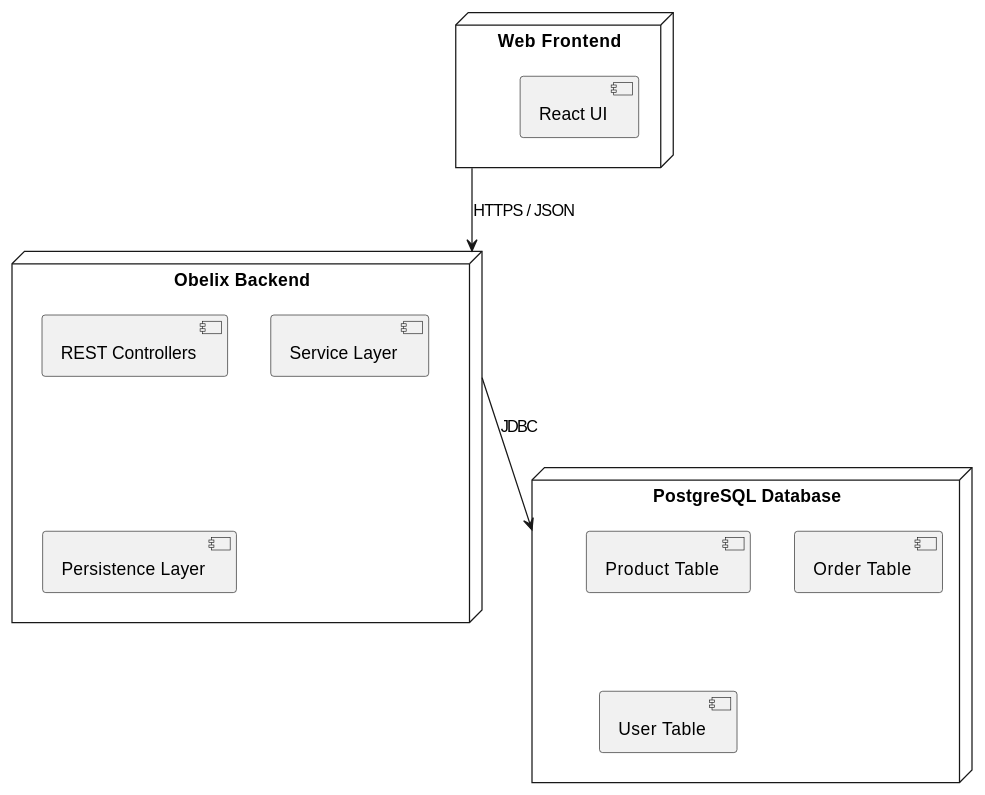
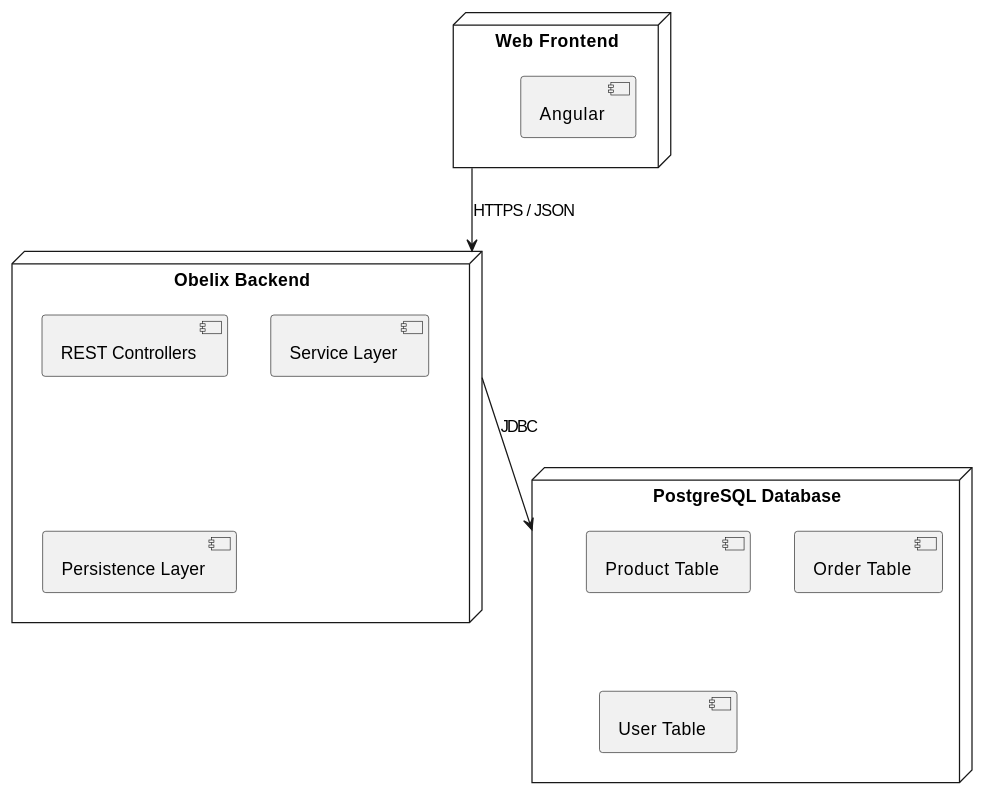
One commit to Juschwy/m321-obelix-webshop-mvk changed the second of 2 diagrams in docs/arc42/03_context_and_scope.adoc. Above: the diagram before and after it, drawn with PlantUML. The commit also changed 1 other file, not shown here.

Commit message:
changed react to angular (#105)
The component has been changed to use the real Angular that is used in the project.

```diff
--- a/docs/arc42/03_context_and_scope.adoc
+++ b/docs/arc42/03_context_and_scope.adoc
@@ -85,23 +85,23 @@
 [plantuml, technical-context, svg]
 ----
 @startuml
 node "Web Frontend" {
-  component "React UI"
+  component "Angular"
 }
 
 node "Obelix Backend" {
   component "REST Controllers"
   component "Service Layer"
   component "Persistence Layer"
 }
 
 node "PostgreSQL Database" {
   component "Product Table"
   component "Order Table"
   component "User Table"
 }
 
 "Web Frontend" --> "Obelix Backend" : HTTPS / JSON
 "Obelix Backend" --> "PostgreSQL Database" : JDBC
 @enduml
 ----
```
